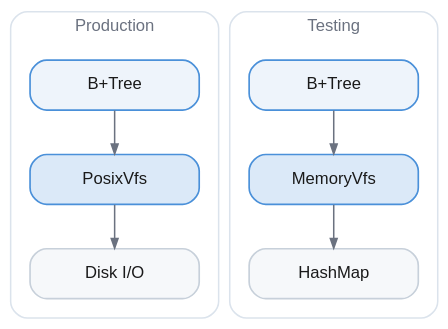
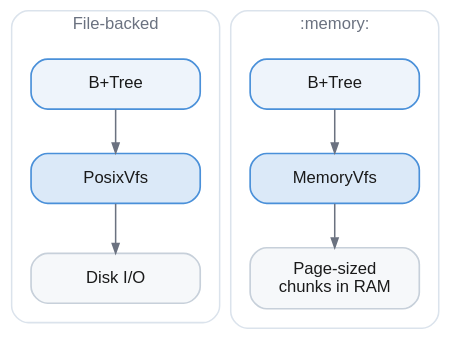
The diagram in book/diagrams/vfs-implementations.dot (RANDOMFNP/latticedb), drawn with Graphviz before and after one commit. The commit also changed 12 other files, not shown here.

```diff
--- a/book/diagrams/vfs-implementations.dot
+++ b/book/diagrams/vfs-implementations.dot
@@ -1,32 +1,32 @@
-// One VFS interface, two backings: real files in production, a map in tests.
+// One VFS interface, two backings: files on a disk, or chunks in memory.
 digraph vfs_implementations {
   bgcolor="transparent"
   rankdir=TB
   nodesep=0.4
   ranksep=0.45
   fontname="Helvetica,Arial,sans-serif"
   node [shape=box style="filled,rounded" fillcolor="#eef4fb" color="#4a90d9"
         penwidth=1.2 fontname="Helvetica,Arial,sans-serif" fontsize=12
         fontcolor="#1a1a1a" margin="0.22,0.12" width=1.7]
   edge [color="#6b7280" penwidth=1.1 arrowsize=0.7]
 
   subgraph cluster_prod {
-    label="Production"
+    label="File-backed"
     fontname="Helvetica,Arial,sans-serif" fontsize=12 fontcolor="#6b7280"
     color="#dbe3ec" penwidth=1.1 style=rounded margin=14
     p1 [label="B+Tree"]
     p2 [label="PosixVfs" fillcolor="#dbe9f8"]
     p3 [label="Disk I/O" fillcolor="#f6f8fa" color="#c7d0da"]
     p1 -> p2 -> p3
   }
 
   subgraph cluster_test {
-    label="Testing"
+    label=":memory:"
     fontname="Helvetica,Arial,sans-serif" fontsize=12 fontcolor="#6b7280"
     color="#dbe3ec" penwidth=1.1 style=rounded margin=14
     t1 [label="B+Tree"]
     t2 [label="MemoryVfs" fillcolor="#dbe9f8"]
-    t3 [label="HashMap" fillcolor="#f6f8fa" color="#c7d0da"]
+    t3 [label="Page-sized\nchunks in RAM" fillcolor="#f6f8fa" color="#c7d0da"]
     t1 -> t2 -> t3
   }
 }
```
